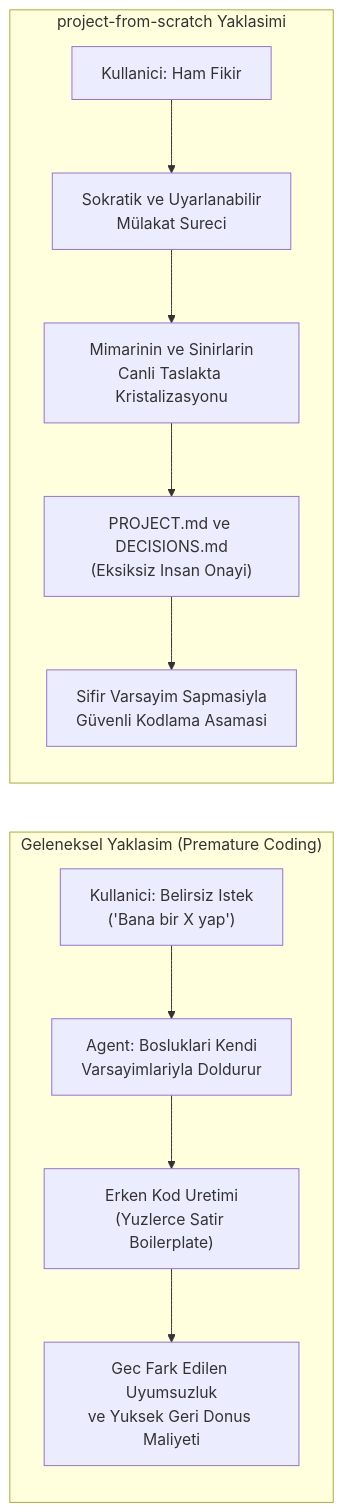
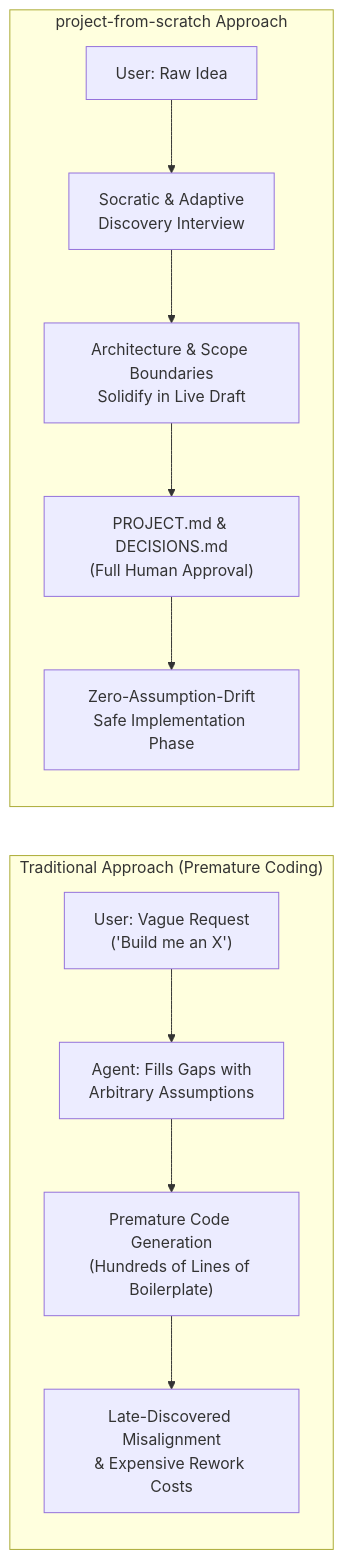
One commit to Eyokurt/project-from-scratch changed the first of 5 diagrams in README.md. Above: the diagram before and after it, drawn with Mermaid. The commit also changed other lines of this file and 12 other files, not shown here.

````diff
--- a/README.md
+++ b/README.md
@@ -15,17 +15,17 @@
 ```mermaid
 flowchart LR
-    subgraph Premature ["Geleneksel Yaklasim (Premature Coding)"]
+    subgraph Premature ["Traditional Approach (Premature Coding)"]
         direction TB
-        A1["Kullanici: Belirsiz Istek\n('Bana bir X yap')"] --> B1["Agent: Bosluklari Kendi\nVarsayimlariyla Doldurur"]
-        B1 --> C1["Erken Kod Uretimi\n(Yuzlerce Satir Boilerplate)"]
-        C1 --> D1["Gec Fark Edilen Uyumsuzluk\nve Yuksek Geri Donus Maliyeti"]
+        A1["User: Vague Request\n('Build me an X')"] --> B1["Agent: Fills Gaps with\nArbitrary Assumptions"]
+        B1 --> C1["Premature Code Generation\n(Hundreds of Lines of Boilerplate)"]
+        C1 --> D1["Late-Discovered Misalignment\n& Expensive Rework Costs"]
     end
 
-    subgraph DiscoveryFirst ["project-from-scratch Yaklasimi"]
+    subgraph DiscoveryFirst ["project-from-scratch Approach"]
         direction TB
-        A2["Kullanici: Ham Fikir"] --> B2["Sokratik ve Uyarlanabilir\nMülakat Sureci"]
-        B2 --> C2["Mimarinin ve Sinirlarin\nCanli Taslakta Kristalizasyonu"]
-        C2 --> D2["PROJECT.md ve DECISIONS.md\n(Eksiksiz Insan Onayi)"]
-        D2 --> E2["Sifir Varsayim Sapmasiyla\nGüvenli Kodlama Asamasi"]
+        A2["User: Raw Idea"] --> B2["Socratic & Adaptive\nDiscovery Interview"]
+        B2 --> C2["Architecture & Scope Boundaries\nSolidify in Live Draft"]
+        C2 --> D2["PROJECT.md & DECISIONS.md\n(Full Human Approval)"]
+        D2 --> E2["Zero-Assumption-Drift\nSafe Implementation Phase"]
     end
 ```
````
